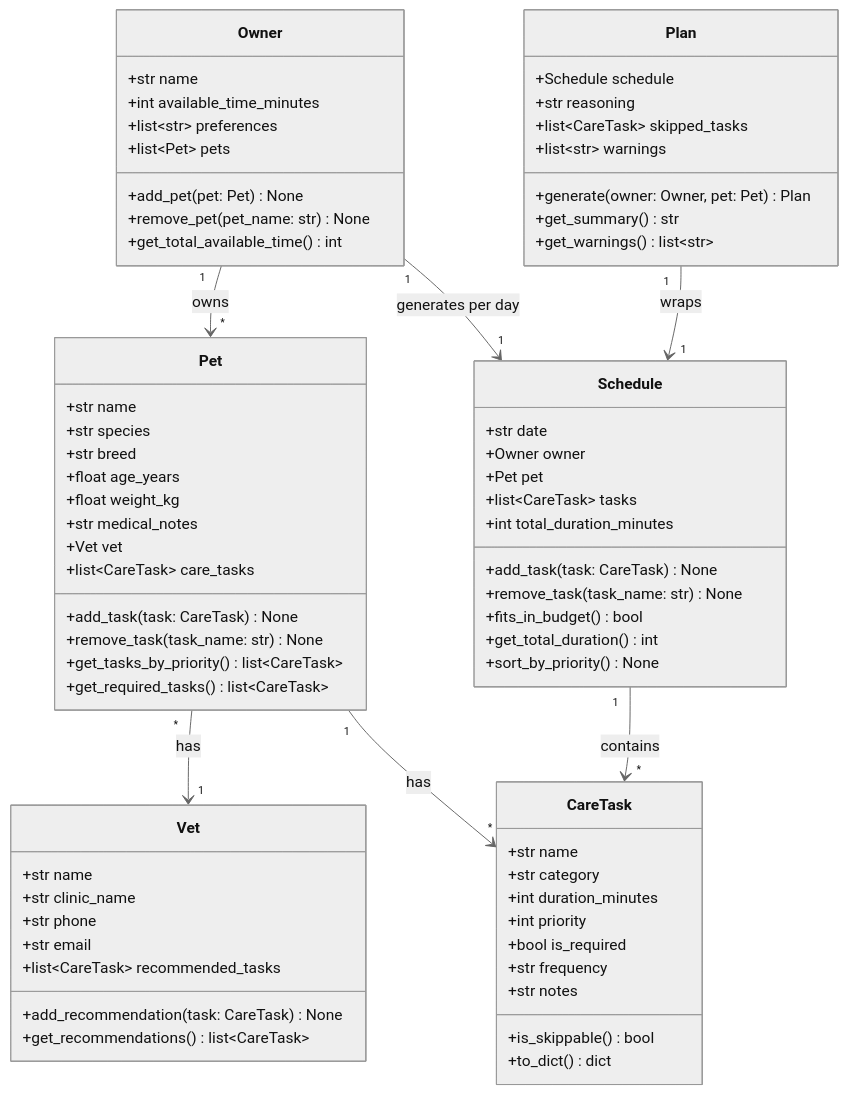
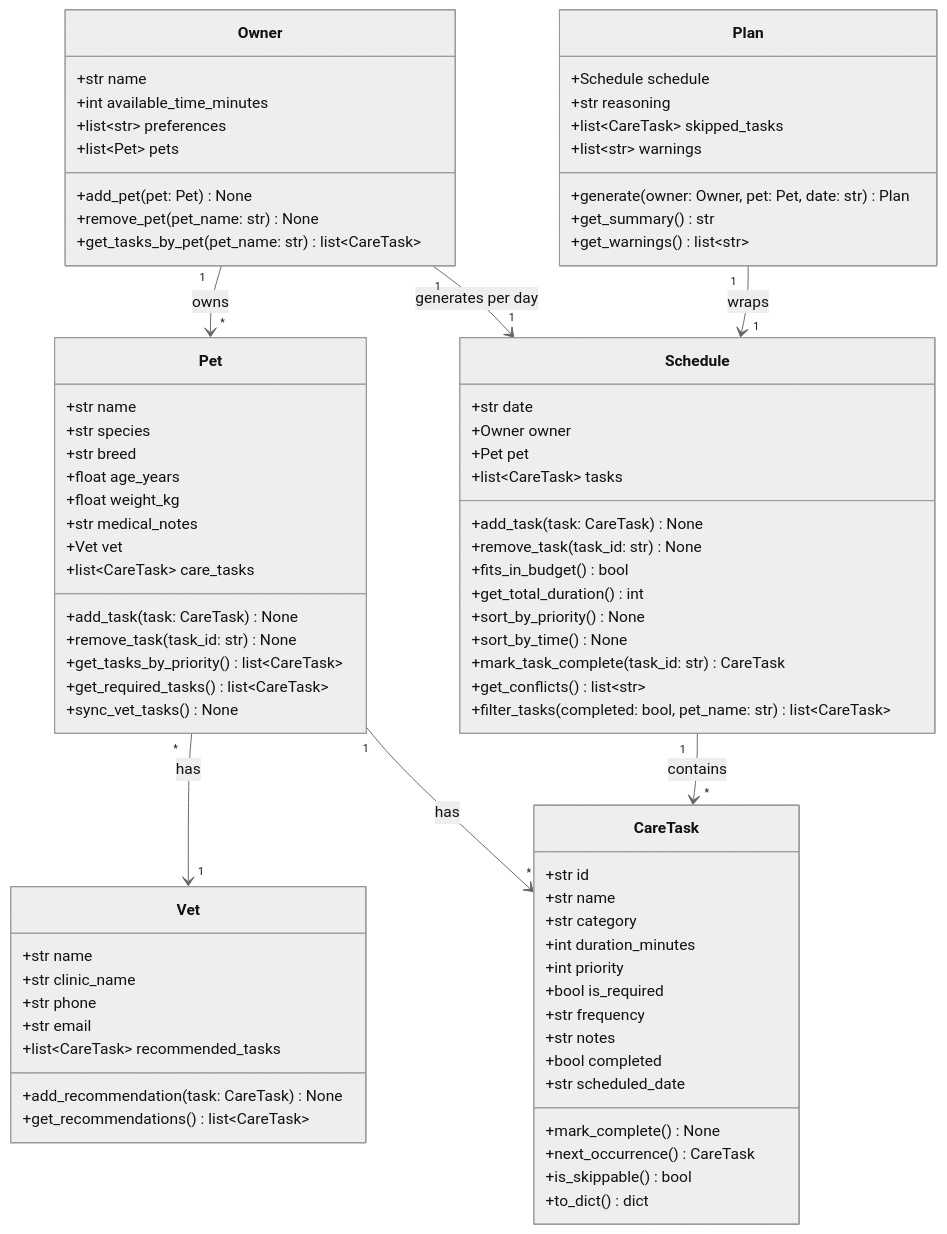
The diagram in brainstormed.md (wilidgasoft/ai110-module2show-pawpal-starter), drawn with Mermaid (neutral theme) before and after one commit. The commit also changed 8 other files, not shown here.

```diff
--- a/brainstormed.md
+++ b/brainstormed.md
@@ -157,7 +157,7 @@
         +list~Pet~ pets
         +add_pet(pet: Pet) None
         +remove_pet(pet_name: str) None
-        +get_total_available_time() int
+        +get_tasks_by_pet(pet_name: str) list~CareTask~
     }
 
     class Pet {
@@ -170,9 +170,10 @@
         +Vet vet
         +list~CareTask~ care_tasks
         +add_task(task: CareTask) None
-        +remove_task(task_name: str) None
+        +remove_task(task_id: str) None
         +get_tasks_by_priority() list~CareTask~
         +get_required_tasks() list~CareTask~
+        +sync_vet_tasks() None
     }
 
     class Vet {
@@ -186,6 +187,7 @@
     }
 
     class CareTask {
+        +str id
         +str name
         +str category
         +int duration_minutes
@@ -193,6 +195,10 @@
         +bool is_required
         +str frequency
         +str notes
+        +bool completed
+        +str scheduled_date
+        +mark_complete() None
+        +next_occurrence() CareTask
         +is_skippable() bool
         +to_dict() dict
     }
@@ -202,12 +208,15 @@
         +Owner owner
         +Pet pet
         +list~CareTask~ tasks
-        +int total_duration_minutes
         +add_task(task: CareTask) None
-        +remove_task(task_name: str) None
+        +remove_task(task_id: str) None
         +fits_in_budget() bool
         +get_total_duration() int
         +sort_by_priority() None
+        +sort_by_time() None
+        +mark_task_complete(task_id: str) CareTask
+        +get_conflicts() list~str~
+        +filter_tasks(completed: bool, pet_name: str) list~CareTask~
     }
 
     class Plan {
@@ -215,7 +224,7 @@
         +str reasoning
         +list~CareTask~ skipped_tasks
         +list~str~ warnings
-        +generate(owner: Owner, pet: Pet) Plan
+        +generate(owner: Owner, pet: Pet, date: str) Plan
         +get_summary() str
         +get_warnings() list~str~
     }
```
